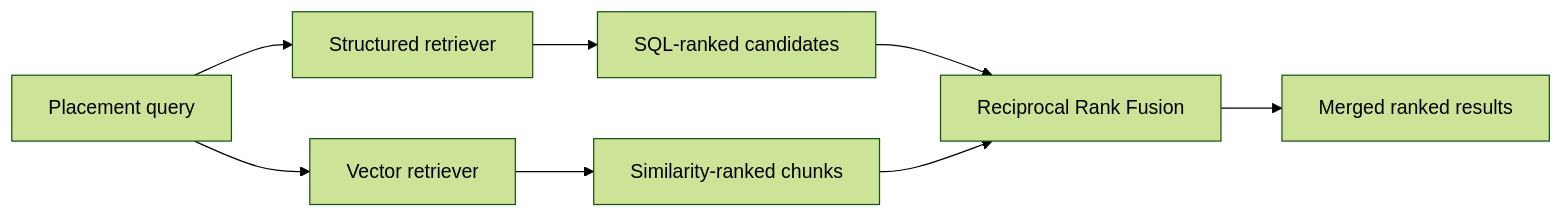
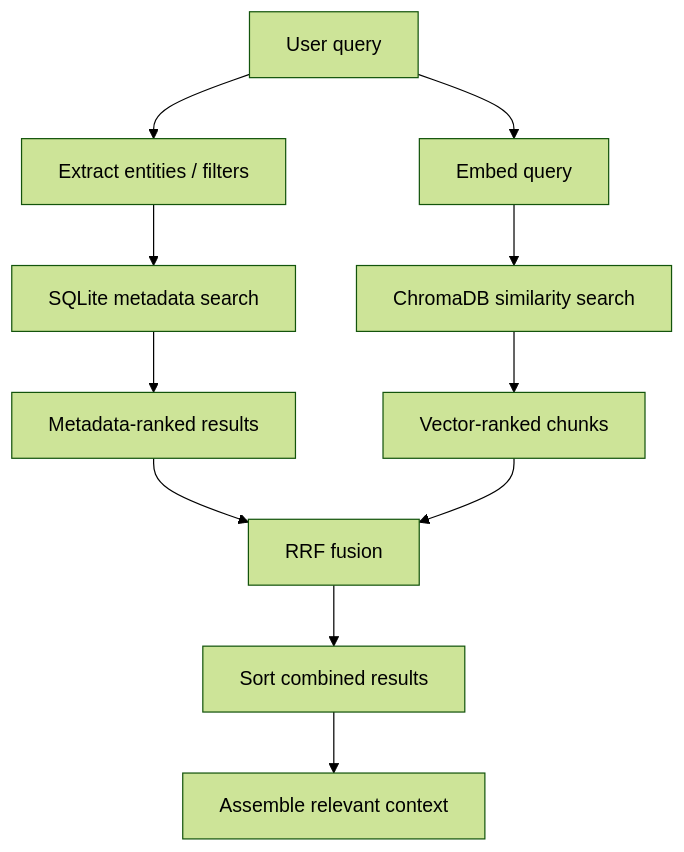
Before and after one commit to pratik-0302/job_description_agent: the sixth of 10 diagrams in README.md, drawn with Mermaid (forest theme). The commit also changed other lines of this file, not shown here.

Commit message:
Expand README with complete documentation and Mermaid diagrams

````diff
--- a/README.md
+++ b/README.md
@@ -218,10 +254,13 @@
 ```mermaid
-flowchart LR
-    Q["Placement query"] --> S["Structured retriever"]
-    Q --> V["Vector retriever"]
-    S --> SR["SQL-ranked candidates"]
-    V --> VR["Similarity-ranked chunks"]
-    SR --> RRF["Reciprocal Rank Fusion"]
-    VR --> RRF
-    RRF --> TOP["Merged ranked results"]
+flowchart TD
+    Q["User query"] --> PARSE["Extract entities / filters"]
+    Q --> EMBED["Embed query"]
+    PARSE --> SQL["SQLite metadata search"]
+    EMBED --> CHROMA["ChromaDB similarity search"]
+    SQL --> SQLR["Metadata-ranked results"]
+    CHROMA --> VECR["Vector-ranked chunks"]
+    SQLR --> FUSE["RRF fusion"]
+    VECR --> FUSE
+    FUSE --> RANK["Sort combined results"]
+    RANK --> CONTEXT["Assemble relevant context"]
 ```
````
